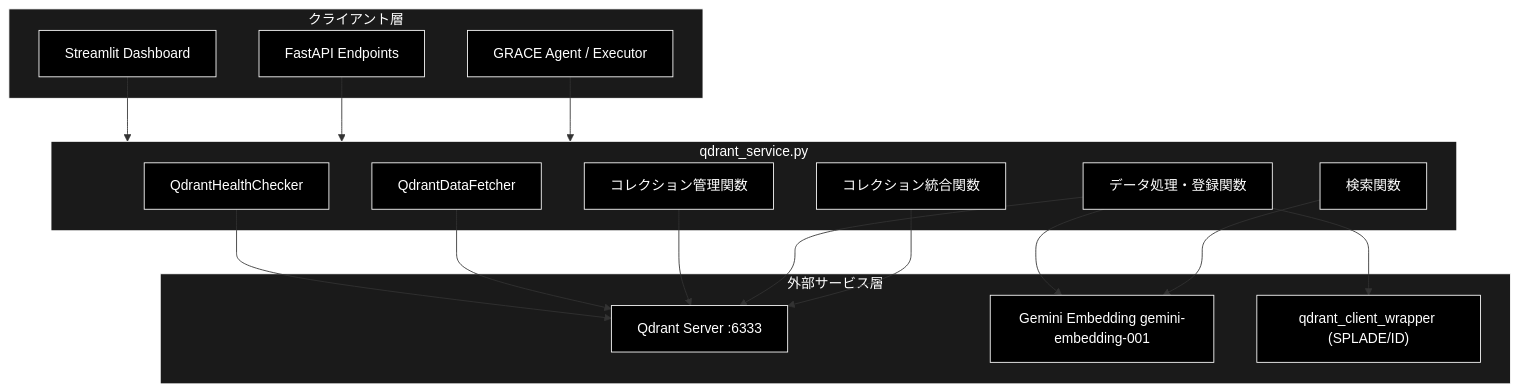
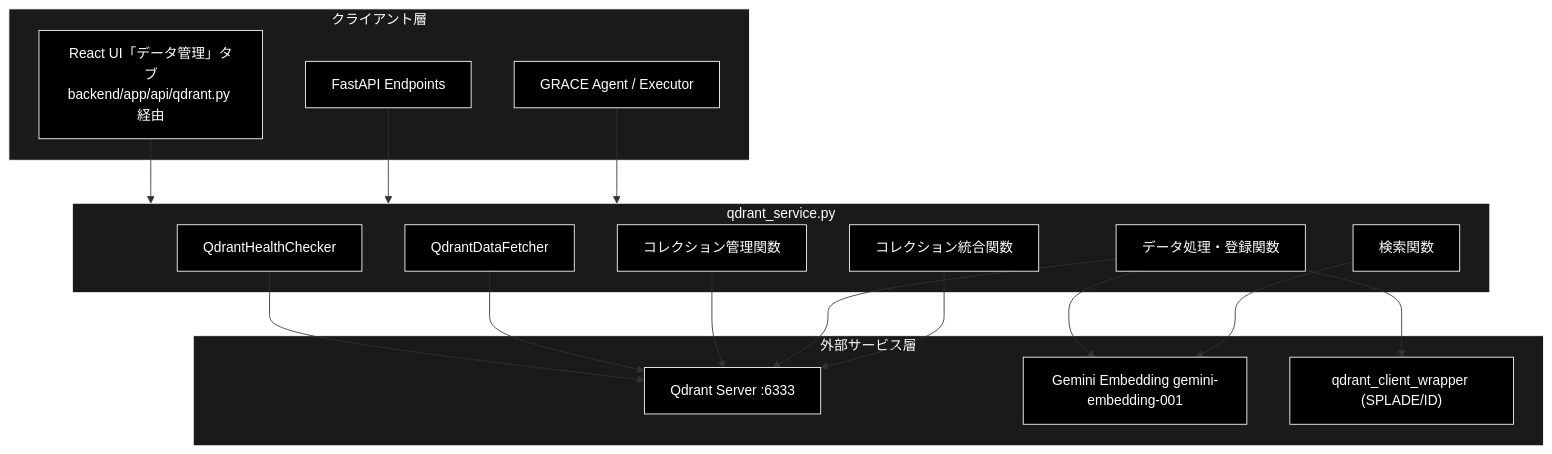
Before and after one commit to nakashima2toshio/grace_v2: the first of 3 diagrams in services/docs/qdrant_service.md, drawn with Mermaid. The commit also changed other lines of this file and 12 other files, not shown here.

````diff
--- a/services/docs/qdrant_service.md
+++ b/services/docs/qdrant_service.md
@@ -85,41 +85,41 @@
 ```mermaid
 flowchart TB
     subgraph CLIENT["クライアント層"]
-        ST["Streamlit Dashboard"]
+        ST["React UI「データ管理」タブ<br>backend/app/api/qdrant.py 経由"]
         API["FastAPI Endpoints"]
         AGENT["GRACE Agent / Executor"]
     end
 
     subgraph MODULE["qdrant_service.py"]
         HEALTH["QdrantHealthChecker"]
         FETCH["QdrantDataFetcher"]
         MGMT["コレクション管理関数"]
         REG["データ処理・登録関数"]
         SEARCH["検索関数"]
         MERGE["コレクション統合関数"]
     end
 
     subgraph EXTERNAL["外部サービス層"]
         QDRANT["Qdrant Server :6333"]
         GEMINI["Gemini Embedding gemini-embedding-001"]
         WRAPPER["qdrant_client_wrapper (SPLADE/ID)"]
     end
 
     ST --> MODULE
     API --> MODULE
     AGENT --> MODULE
     HEALTH --> QDRANT
     FETCH --> QDRANT
     MGMT --> QDRANT
     REG --> QDRANT
     REG --> GEMINI
     REG --> WRAPPER
     SEARCH --> GEMINI
     MERGE --> QDRANT
 classDef default fill:#000,stroke:#fff,color:#fff
 classDef subgraphStyle fill:#1a1a1a,stroke:#fff,color:#fff
 class ST,API,AGENT,HEALTH,FETCH,MGMT,REG,SEARCH,MERGE,QDRANT,GEMINI,WRAPPER default
 style CLIENT fill:#1a1a1a,stroke:#fff,color:#fff
 style MODULE fill:#1a1a1a,stroke:#fff,color:#fff
 style EXTERNAL fill:#1a1a1a,stroke:#fff,color:#fff
 ```
````
